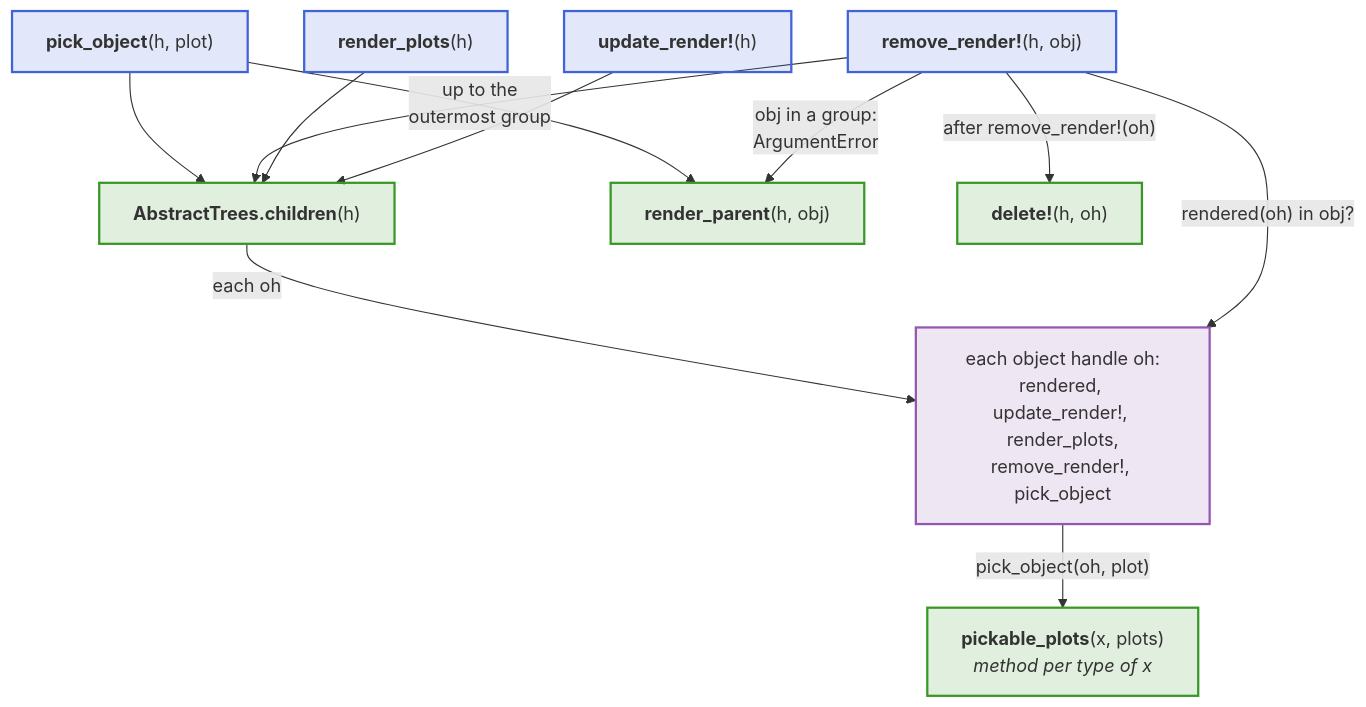
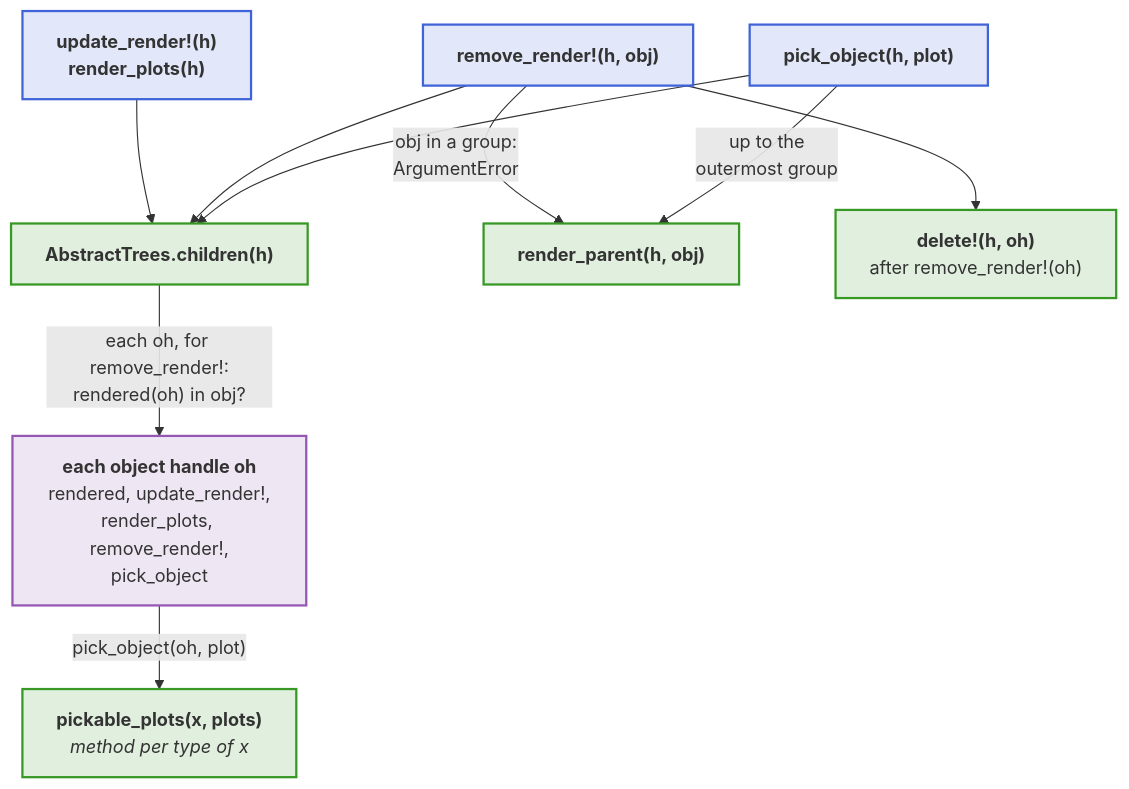
One commit to JuliaPhysics/BeamletOptics.jl changed the third of 3 diagrams in docs/src/api/rendering.md. Above: the diagram before and after it, drawn with Mermaid. The commit also changed other lines of this file and 8 other files, not shown here.

First line of the commit message:
Docs: diagrams narrow and colored by group, rules in "Readable diagrams"

````diff
--- a/docs/src/api/rendering.md
+++ b/docs/src/api/rendering.md
@@ -112,30 +99,27 @@
 ```mermaid
 flowchart TB
-    UPD["<b>update_render!</b>(h)"]
-    RPL["<b>render_plots</b>(h)"]
-    REM["<b>remove_render!</b>(h, obj)"]
-    PCK["<b>pick_object</b>(h, plot)"]
-    CH["<b>AbstractTrees.children</b>(h)"]
-    PAR["<b>render_parent</b>(h, obj)"]
-    DEL["<b>delete!</b>(h, oh)"]
-    OHM["each object handle oh:<br/>rendered, update_render!, render_plots,<br/>remove_render!, pick_object"]
-    PP["<b>pickable_plots</b>(x, plots)<br/><i>method per type of x</i>"]
+    UR["<b>update_render!(h)</b><br/><b>render_plots(h)</b>"]
+    REM["<b>remove_render!(h, obj)</b>"]
+    PCK["<b>pick_object(h, plot)</b>"]
+    CH["<b>AbstractTrees.children(h)</b>"]
+    PAR["<b>render_parent(h, obj)</b>"]
+    DEL["<b>delete!(h, oh)</b><br/>after remove_render!(oh)"]
+    OHM["<b>each object handle oh</b><br/>rendered, update_render!,<br/>render_plots, remove_render!,<br/>pick_object"]
+    PP["<b>pickable_plots(x, plots)</b><br/><i>method per type of x</i>"]
 
-    UPD --> CH
-    RPL --> CH
+    UR --> CH
+    REM --> CH
     REM -- "obj in a group:<br/>ArgumentError" --> PAR
-    REM --> CH
-    REM -- "rendered(oh) in obj?" --> OHM
-    REM -- "after remove_render!(oh)" --> DEL
+    REM --> DEL
     PCK --> CH
     PCK -- "up to the<br/>outermost group" --> PAR
-    CH -- "each oh" --> OHM
+    CH -- "each oh, for remove_render!:<br/>rendered(oh) in obj?" --> OHM
     OHM -- "pick_object(oh, plot)" --> PP
 
     classDef blue fill:#4063D826,stroke:#4063D8,stroke-width:2px
     classDef green fill:#38982626,stroke:#389826,stroke-width:2px
     classDef purple fill:#9558B226,stroke:#9558B2,stroke-width:2px
-    class UPD,RPL,REM,PCK blue
+    class UR,REM,PCK blue
     class CH,PAR,DEL,PP green
     class OHM purple
 ```
````
